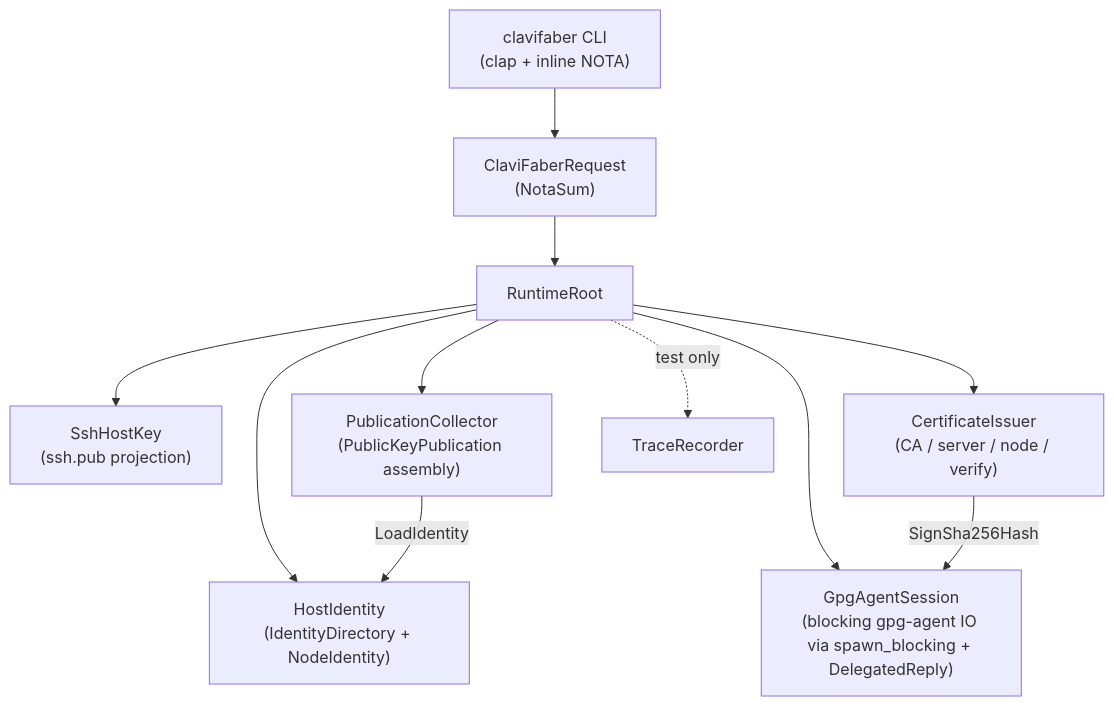
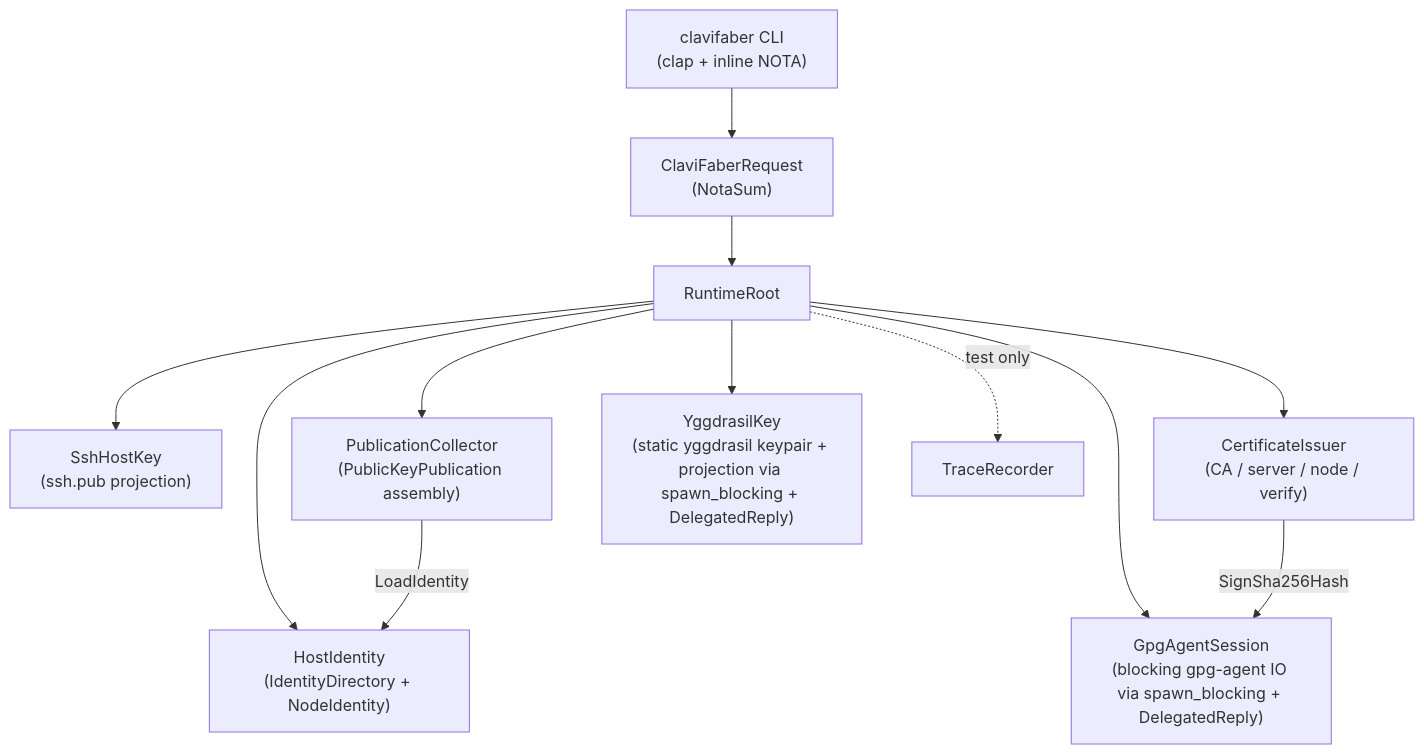
Before and after one commit to LiGoldragon/clavifaber: the diagram in ARCHITECTURE.md, drawn with Mermaid. The commit also changed other lines of this file and 1 other file, not shown here.

````diff
--- a/ARCHITECTURE.md
+++ b/ARCHITECTURE.md
@@ -13,14 +13,15 @@
 ```mermaid
 flowchart TB
     cli["clavifaber CLI<br/>(clap + inline NOTA)"] --> request["ClaviFaberRequest<br/>(NotaSum)"]
     request --> root["RuntimeRoot"]
     root --> host_identity["HostIdentity<br/>(IdentityDirectory + NodeIdentity)"]
     root --> ssh_host_key["SshHostKey<br/>(ssh.pub projection)"]
     root --> publication_collector["PublicationCollector<br/>(PublicKeyPublication assembly)"]
     root --> certificate_issuer["CertificateIssuer<br/>(CA / server / node / verify)"]
     root --> gpg_agent_session["GpgAgentSession<br/>(blocking gpg-agent IO via spawn_blocking + DelegatedReply)"]
+    root --> yggdrasil_key["YggdrasilKey<br/>(static yggdrasil keypair + projection via spawn_blocking + DelegatedReply)"]
     root -. test only .-> trace_recorder["TraceRecorder"]
 
     publication_collector -->|LoadIdentity| host_identity
     certificate_issuer -->|SignSha256Hash| gpg_agent_session
 ```
````
